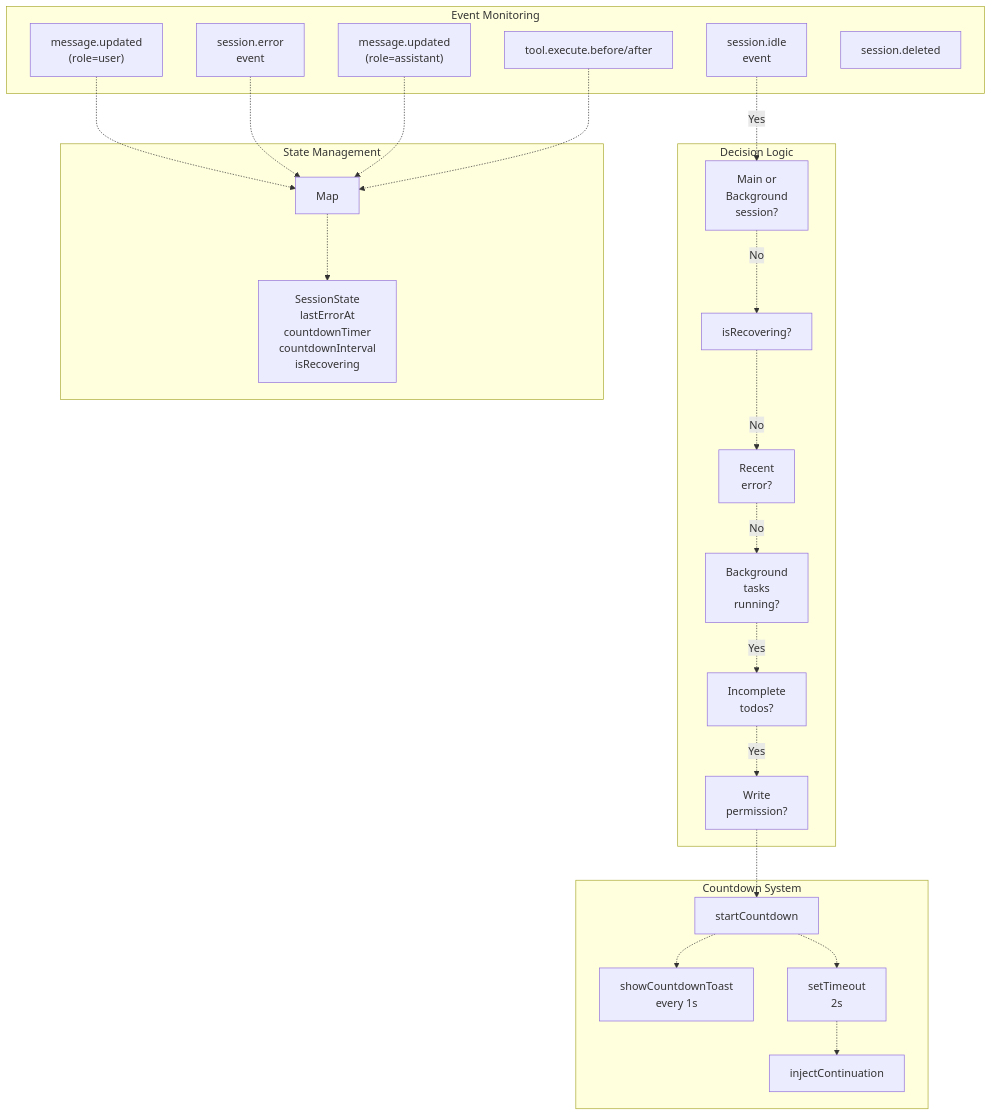
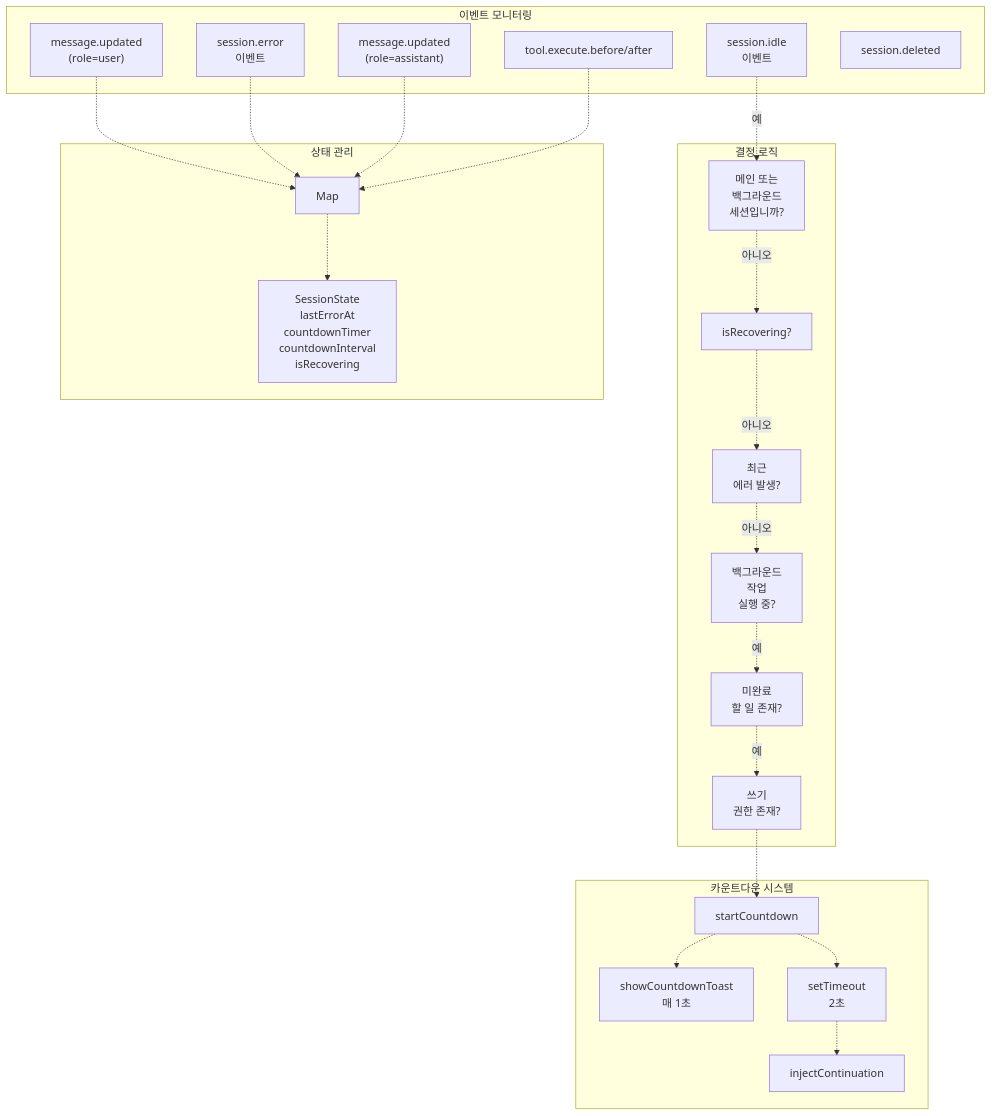
Before and after one commit to felipetruman/oh-my-opencode-docs: the second of 5 diagrams in docs/agents/todo-management.md, drawn with Mermaid. The commit also changed other lines of this file and 76 other files, not shown here.

````diff
--- a/docs/agents/todo-management.md
+++ b/docs/agents/todo-management.md
@@ -97,68 +97,68 @@
 ```mermaid
 flowchart TD
 
-Idle["session.idle<br>event"]
-Error["session.error<br>event"]
+Idle["session.idle<br>이벤트"]
+Error["session.error<br>이벤트"]
 User["message.updated<br>(role=user)"]
 Assistant["message.updated<br>(role=assistant)"]
 Tool["tool.execute.before/after"]
 Deleted["session.deleted"]
 Sessions["Map"]
 State["SessionState<br>lastErrorAt<br>countdownTimer<br>countdownInterval<br>isRecovering"]
-Check1["Main or<br>Background<br>session?"]
+Check1["메인 또는<br>백그라운드<br>세션입니까?"]
 Check2["isRecovering?"]
-Check3["Recent<br>error?"]
-Check4["Background<br>tasks<br>running?"]
-Check5["Incomplete<br>todos?"]
-Check6["Write<br>permission?"]
+Check3["최근<br>에러 발생?"]
+Check4["백그라운드<br>작업<br>실행 중?"]
+Check5["미완료<br>할 일 존재?"]
+Check6["쓰기<br>권한 존재?"]
 Start["startCountdown"]
-Toast["showCountdownToast<br>every 1s"]
-Timer["setTimeout<br>2s"]
+Toast["showCountdownToast<br>매 1초"]
+Timer["setTimeout<br>2초"]
 Inject["injectContinuation"]
 
-Idle -.->|"Yes"| Check1
+Idle -.->|"예"| Check1
 Check6 -.-> Start
 User -.-> Sessions
 Error -.-> Sessions
 Assistant -.-> Sessions
 Tool -.-> Sessions
 
-subgraph subGraph3 ["Countdown System"]
+subgraph subGraph3 ["카운트다운 시스템"]
     Start
     Toast
     Timer
     Inject
     Start -.-> Toast
     Start -.-> Timer
     Timer -.-> Inject
 end
 
-subgraph subGraph2 ["Decision Logic"]
+subgraph subGraph2 ["결정 로직"]
     Check1
     Check2
     Check3
     Check4
     Check5
     Check6
-    Check1 -.->|"No"| Check2
-    Check2 -.->|"No"| Check3
-    Check3 -.->|"No"| Check4
-    Check4 -.->|"Yes"| Check5
-    Check5 -.->|"Yes"| Check6
+    Check1 -.->|"아니오"| Check2
+    Check2 -.->|"아니오"| Check3
+    Check3 -.->|"아니오"| Check4
+    Check4 -.->|"예"| Check5
+    Check5 -.->|"예"| Check6
 end
 
-subgraph subGraph1 ["State Management"]
+subgraph subGraph1 ["상태 관리"]
     Sessions
     State
     Sessions -.-> State
 end
 
-subgraph subGraph0 ["Event Monitoring"]
+subgraph subGraph0 ["이벤트 모니터링"]
     Idle
     Error
     User
     Assistant
     Tool
     Deleted
 end
 ```
````
